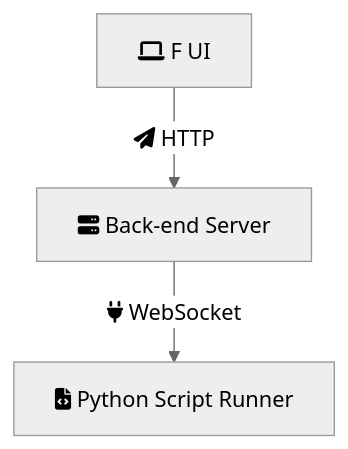
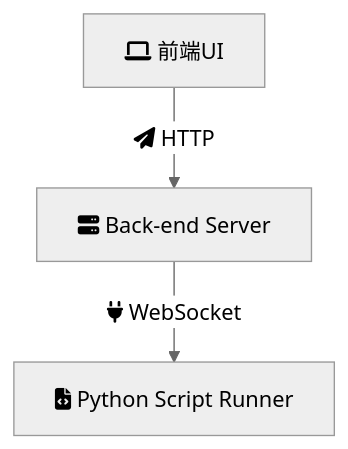
Before and after one commit to AlkeySheng/iodraw-files: the diagram in all/未命名.md, drawn with Mermaid (neutral theme).

Commit message:
2024-05-20 15:01:02 update

````diff
--- a/all/未命名.md
+++ b/all/未命名.md
@@ -1,6 +1,6 @@
 ```mermaid
 graph TD
-    A[fa:fa-laptop F UI] -->|fa:fa-paper-plane HTTP| B[fa:fa-server Back-end Server]
+    A[fa:fa-laptop 前端UI] -->|fa:fa-paper-plane HTTP| B[fa:fa-server Back-end Server]
     B -->|fa:fa-plug WebSocket| C[fa:fa-file-code Python Script Runner]
 
 ```
````
